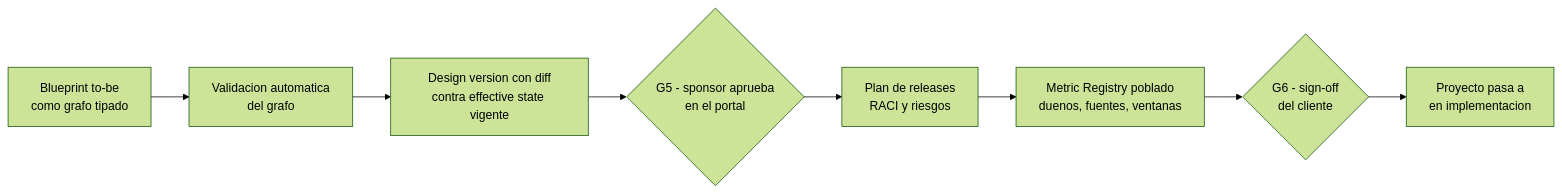
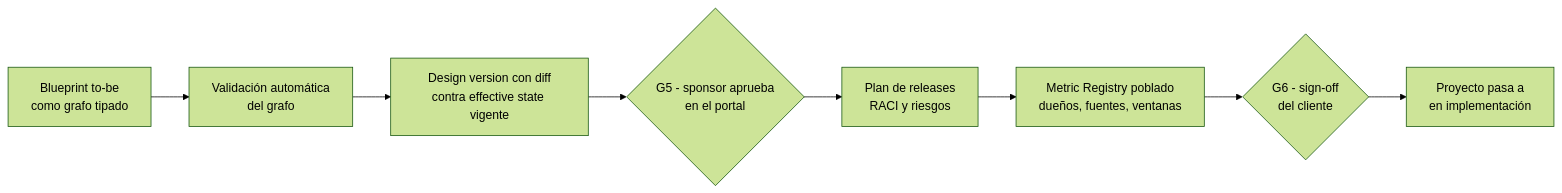
One commit to jtrujillo-ws/designio-app changed the sixth of 9 diagrams in docs/04-journeys/journeys-plataforma.md. Above: the diagram before and after it, drawn with Mermaid (forest theme). The commit also changed other lines of this file and 4 other files, not shown here.

````diff
--- a/docs/04-journeys/journeys-plataforma.md
+++ b/docs/04-journeys/journeys-plataforma.md
@@ -188,10 +188,10 @@
 ```mermaid
 flowchart LR
-  A["Blueprint to-be<br/>como grafo tipado"] --> B["Validacion automatica<br/>del grafo"]
+  A["Blueprint to-be<br/>como grafo tipado"] --> B["Validación automática<br/>del grafo"]
   B --> C["Design version con diff<br/>contra effective state vigente"]
   C --> D{"G5 - sponsor aprueba<br/>en el portal"}
   D --> E["Plan de releases<br/>RACI y riesgos"]
-  E --> F["Metric Registry poblado<br/>duenos, fuentes, ventanas"]
+  E --> F["Metric Registry poblado<br/>dueños, fuentes, ventanas"]
   F --> G{"G6 - sign-off<br/>del cliente"}
-  G --> H["Proyecto pasa a<br/>en implementacion"]
+  G --> H["Proyecto pasa a<br/>en implementación"]
 ```
````
